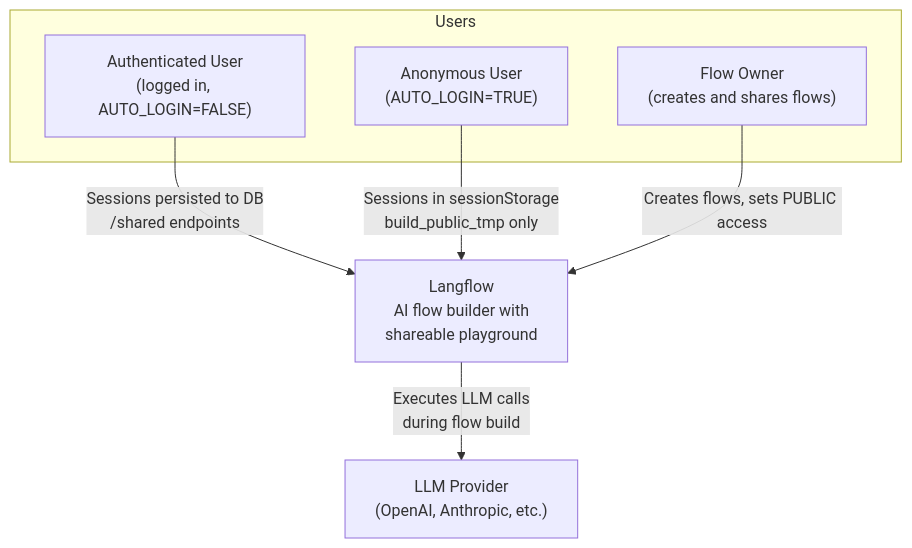
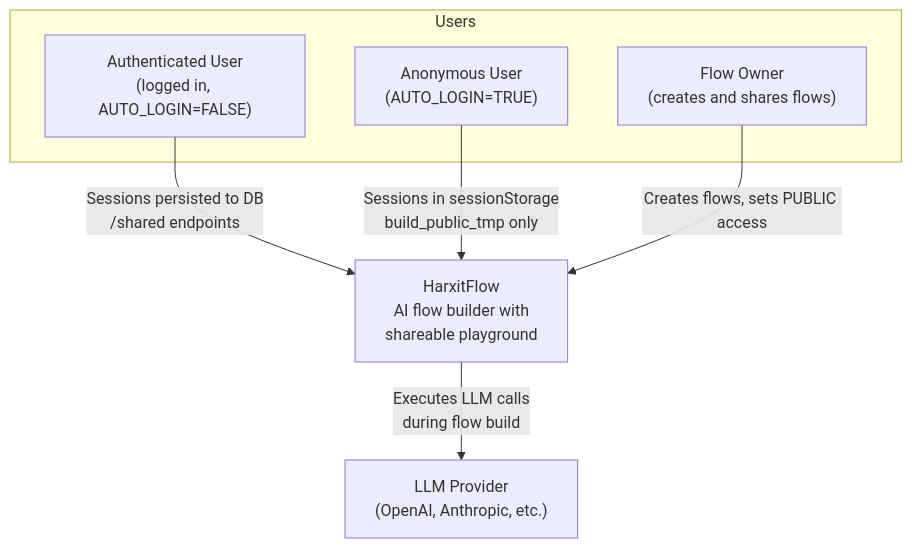
One commit to harshitthakur210604-coder/my-langflow1 changed the first of 5 diagrams in src/frontend/src/components/authorization/playgroundAuthGate/docs/shareable-playground-session-persistence.md. Above: the diagram before and after it, drawn with Mermaid. The commit also changed 3167 other files, not shown here.

````diff
--- a/src/frontend/src/components/authorization/playgroundAuthGate/docs/shareable-playground-session-persistence.md
+++ b/src/frontend/src/components/authorization/playgroundAuthGate/docs/shareable-playground-session-persistence.md
@@ -560,16 +560,16 @@
 ```mermaid
 graph TD
   subgraph Users
     AU["Authenticated User\n(logged in, AUTO_LOGIN=FALSE)"]
     AN["Anonymous User\n(AUTO_LOGIN=TRUE)"]
     OW["Flow Owner\n(creates and shares flows)"]
   end
 
-  LF["Langflow\nAI flow builder with\nshareable playground"]
+  LF["HarxitFlow\nAI flow builder with\nshareable playground"]
   LLM["LLM Provider\n(OpenAI, Anthropic, etc.)"]
 
   AU -->|"Sessions persisted to DB\n/shared endpoints"| LF
   AN -->|"Sessions in sessionStorage\nbuild_public_tmp only"| LF
   OW -->|"Creates flows, sets PUBLIC access"| LF
   LF -->|"Executes LLM calls\nduring flow build"| LLM
 ```
````
